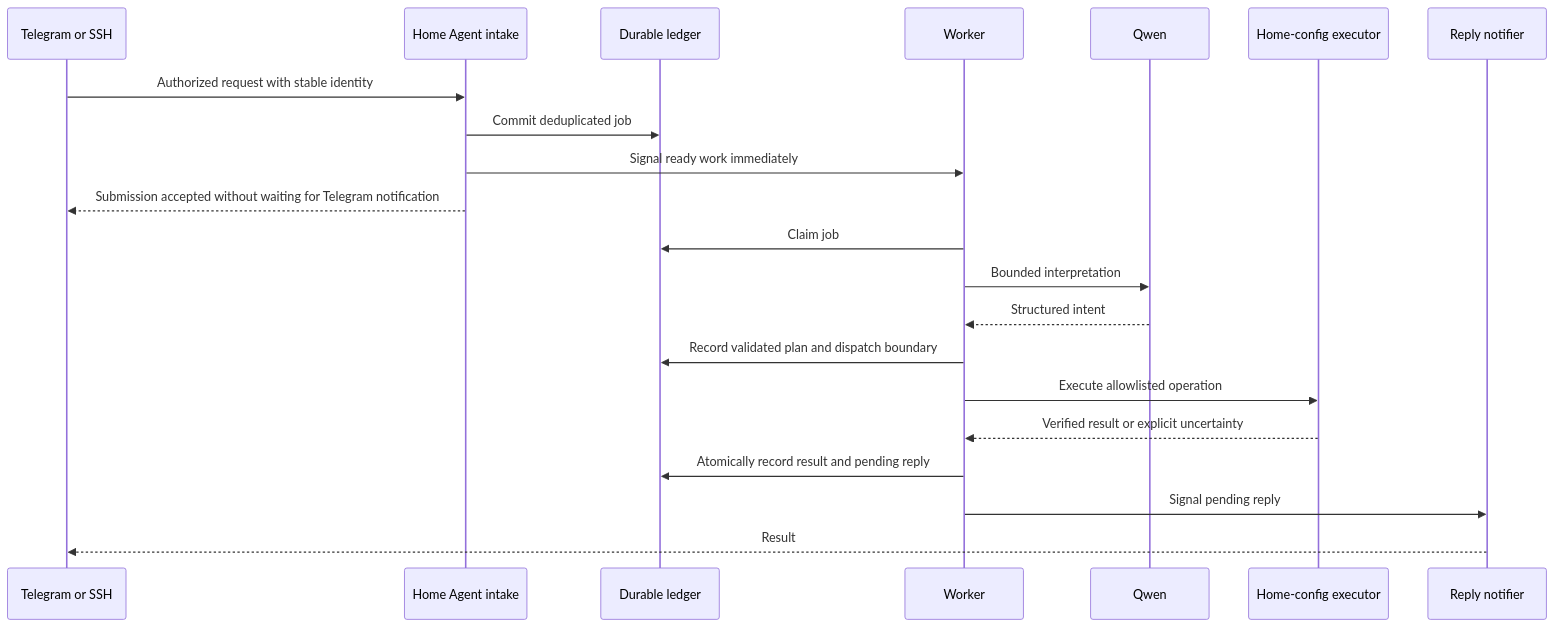
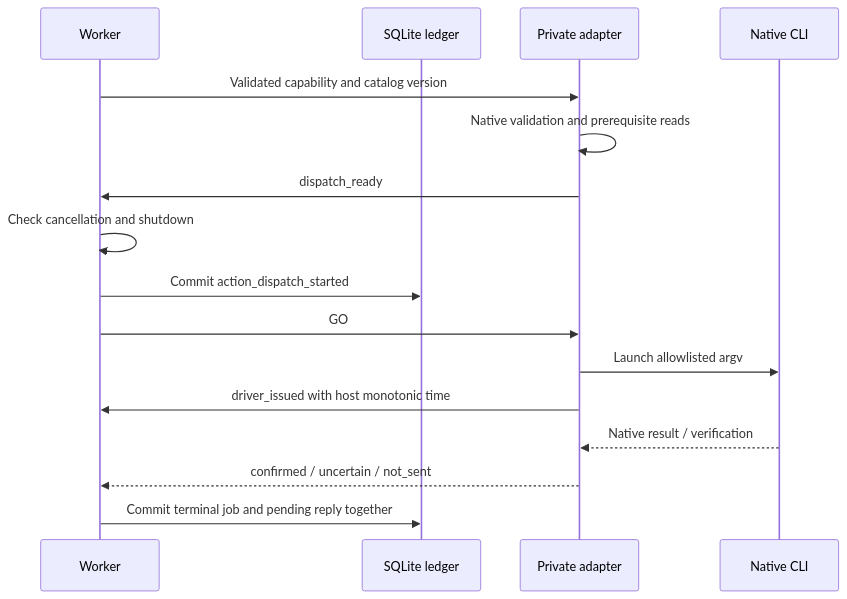
The third of 4 diagrams in docs/architecture/qwen-routing.md (cnberry/home-agent), drawn with Mermaid before and after one commit. The commit also changed other lines of this file and 13 other files, not shown here.

Commit message:
Route basic home requests through Qwen with durable wakeups and performance evidence

````diff
--- a/docs/architecture/qwen-routing.md
+++ b/docs/architecture/qwen-routing.md
@@ -225,23 +114,18 @@
 ```mermaid
 sequenceDiagram
-    participant T as Telegram or SSH
-    participant H as Home Agent intake
-    participant DB as Durable ledger
     participant W as Worker
-    participant Q as Qwen
-    participant E as Home-config executor
-    participant N as Reply notifier
-    T->>H: Authorized request with stable identity
-    H->>DB: Commit deduplicated job
-    H->>W: Signal ready work immediately
-    H-->>T: Submission accepted without waiting for Telegram notification
-    W->>DB: Claim job
-    W->>Q: Bounded interpretation
-    Q-->>W: Structured intent
-    W->>DB: Record validated plan and dispatch boundary
-    W->>E: Execute allowlisted operation
-    E-->>W: Verified result or explicit uncertainty
-    W->>DB: Atomically record result and pending reply
-    W->>N: Signal pending reply
-    N-->>T: Result
+    participant DB as SQLite ledger
+    participant A as Private adapter
+    participant C as Native CLI
+    W->>A: Validated capability and catalog version
+    A->>A: Native validation and prerequisite reads
+    A->>W: dispatch_ready
+    W->>W: Check cancellation and shutdown
+    W->>DB: Commit action_dispatch_started
+    W->>A: GO
+    A->>C: Launch allowlisted argv
+    A->>W: driver_issued with host monotonic time
+    C-->>A: Native result / verification
+    A-->>W: confirmed / uncertain / not_sent
+    W->>DB: Commit terminal job and pending reply together
 ```
````
